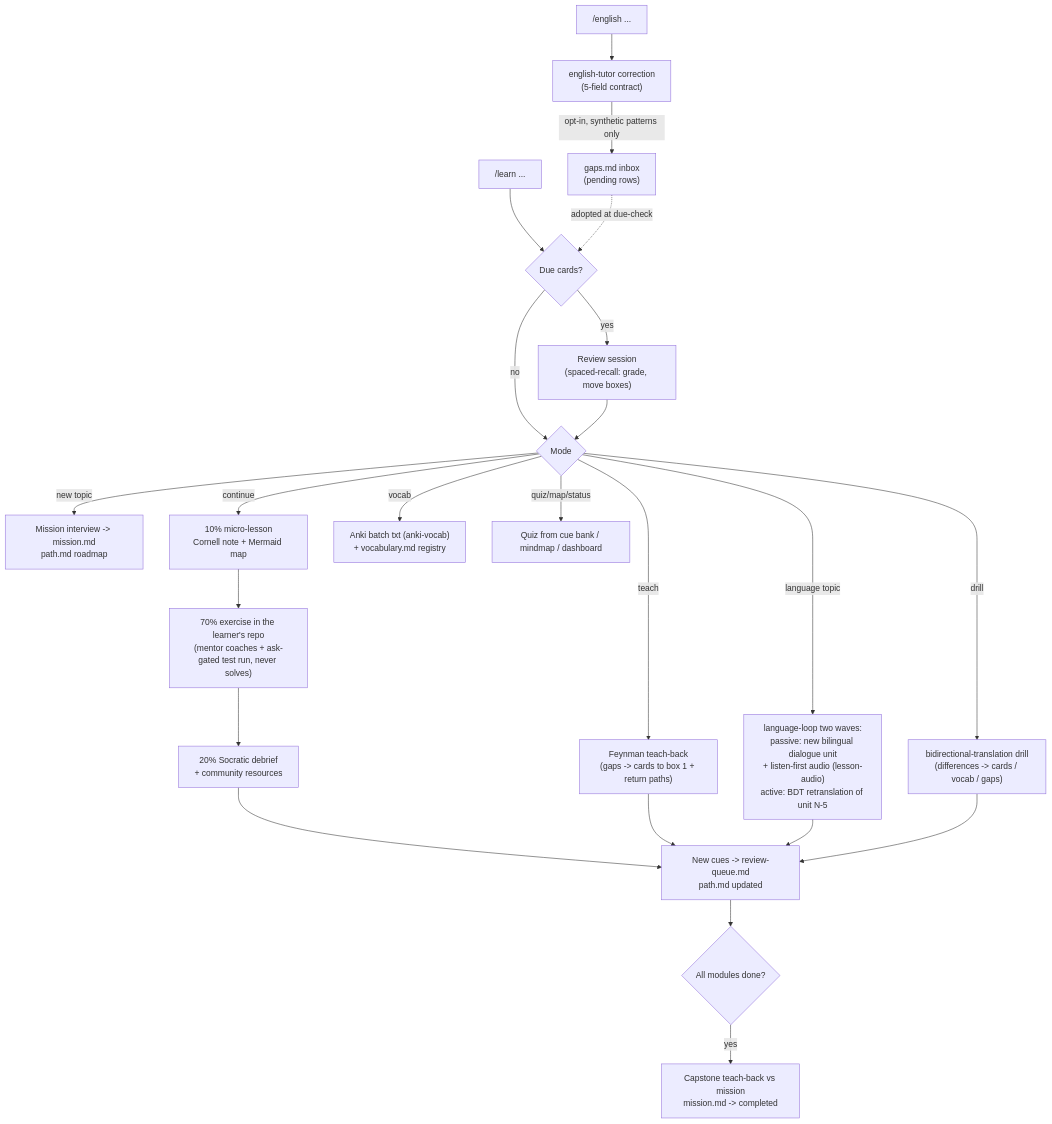
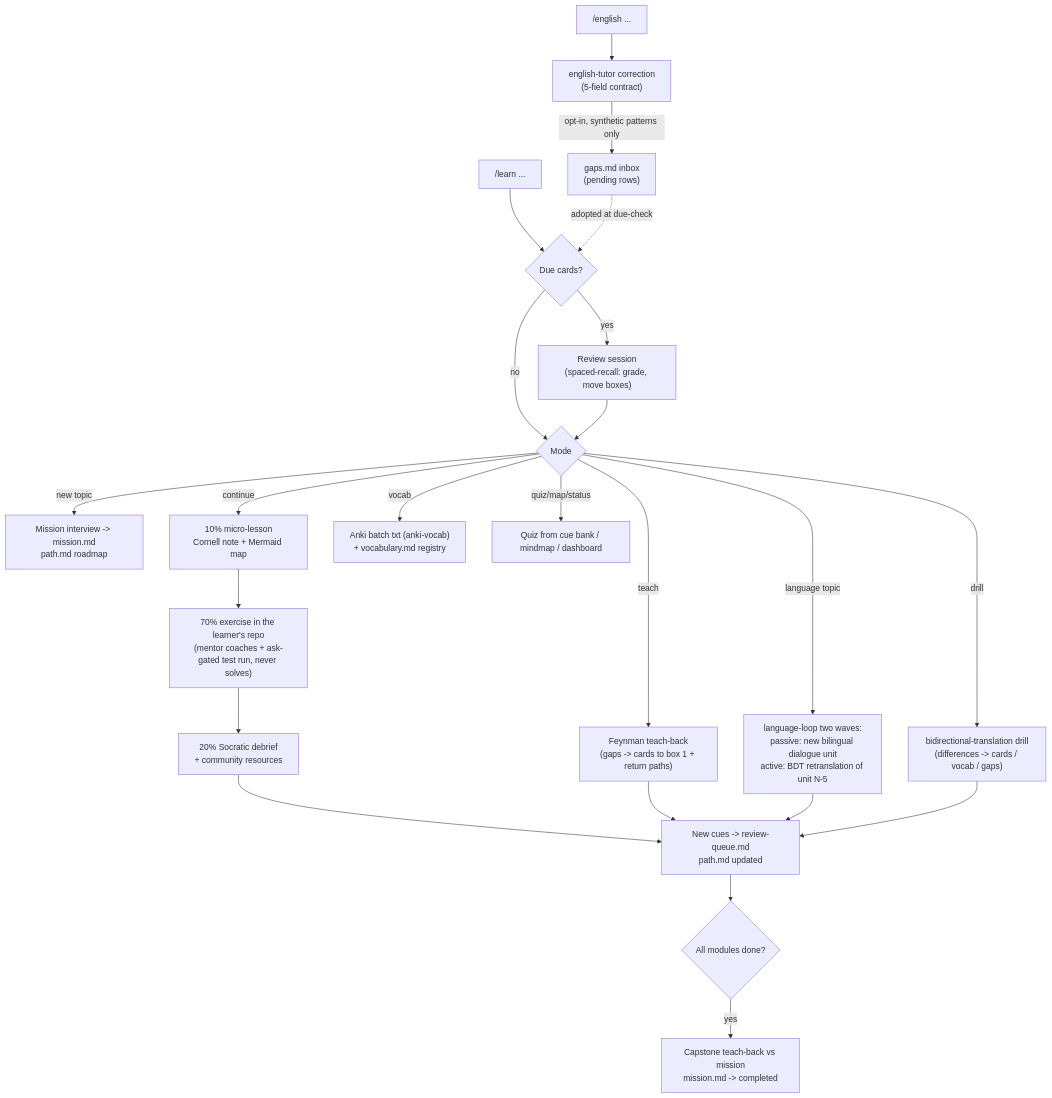
One commit to andresnator/agents-orchestrator changed the diagram in domains/learning/README.md. Above: the diagram before and after it, drawn with Mermaid. The commit also changed other lines of this file and 8 other files, not shown here.

````diff
--- a/domains/learning/README.md
+++ b/domains/learning/README.md
@@ -29,25 +28,25 @@
 ```mermaid
 graph TD
     L["/learn ..."] --> D{Due cards?}
     D -- yes --> R["Review session<br/>(spaced-recall: grade, move boxes)"]
     D -- no --> M{Mode}
     R --> M
     M -- new topic --> MI["Mission interview -> mission.md<br/>path.md roadmap"]
     M -- continue --> TEN["10% micro-lesson<br/>Cornell note + Mermaid map"]
     TEN --> SEV["70% exercise in the learner's repo<br/>(mentor coaches + ask-gated test run, never solves)"]
     SEV --> TWE["20% Socratic debrief<br/>+ community resources"]
     TWE --> Q["New cues -> review-queue.md<br/>path.md updated"]
     Q --> DONE{All modules done?}
     DONE -- yes --> CAP["Capstone teach-back vs mission<br/>mission.md -> completed"]
     M -- teach --> F["Feynman teach-back<br/>(gaps -> cards to box 1 + return paths)"]
     F --> Q
     M -- vocab --> V["Anki batch txt (anki-vocab)<br/>+ vocabulary.md registry"]
     M -- quiz/map/status --> A["Quiz from cue bank / mindmap / dashboard"]
-    M -- language topic --> LW["language-loop two waves:<br/>passive: new bilingual dialogue unit<br/>+ listen-first audio (lesson-audio)<br/>active: BDT retranslation of unit N-5"]
+    M -- language topic --> LW["language-loop two waves:<br/>passive: new bilingual dialogue unit<br/>active: BDT retranslation of unit N-5"]
     M -- drill --> BDT["bidirectional-translation drill<br/>(differences -> cards / vocab / gaps)"]
     LW --> Q
     BDT --> Q
     E["/english ..."] --> ET["english-tutor correction<br/>(5-field contract)"]
     ET -- opt-in, synthetic patterns only --> GI["gaps.md inbox<br/>(pending rows)"]
     GI -. adopted at due-check .-> D
 ```
````
